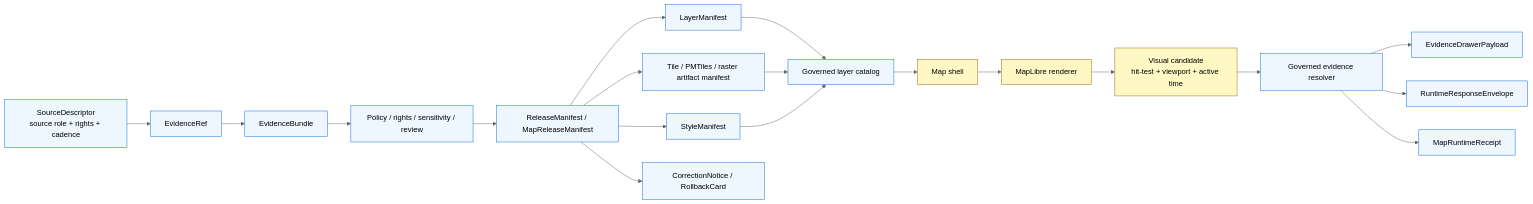
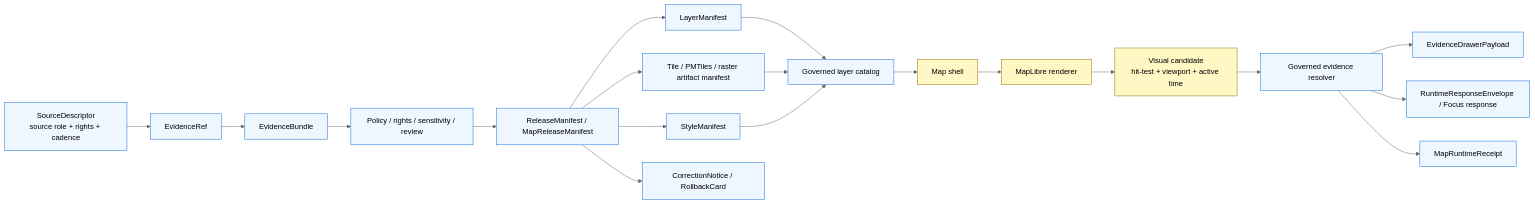
One commit to bartytime4life/Kansas-Frontier-Matrix changed the diagram in docs/architecture/map-shell.md. Above: the diagram before and after it, drawn with Mermaid (neutral theme). The commit also changed other lines of this file, not shown here.

First line of the commit message:
Revise KFM Map Shell architecture documentation

````diff
--- a/docs/architecture/map-shell.md
+++ b/docs/architecture/map-shell.md
@@ -199,26 +236,26 @@
 ```mermaid
 flowchart LR
   SRC[SourceDescriptor<br/>source role + rights + cadence] --> EVREF[EvidenceRef]
   EVREF --> EVB[EvidenceBundle]
   EVB --> POL[Policy / rights / sensitivity / review]
   POL --> REL[ReleaseManifest / MapReleaseManifest]
   REL --> LMAN[LayerManifest]
   REL --> ART[Tile / PMTiles / raster artifact manifest]
   REL --> STYLE[StyleManifest]
   LMAN --> CAT[Governed layer catalog]
   ART --> CAT
   STYLE --> CAT
   CAT --> SHELL[Map shell]
   SHELL --> MAP[MapLibre renderer]
   MAP --> HIT[Visual candidate<br/>hit-test + viewport + active time]
   HIT --> API[Governed evidence resolver]
   API --> DRAWER[EvidenceDrawerPayload]
-  API --> FOCUS[RuntimeResponseEnvelope]
+  API --> FOCUS[RuntimeResponseEnvelope / Focus response]
   API --> RECEIPT[MapRuntimeReceipt]
   REL --> CORR[CorrectionNotice / RollbackCard]
 
   classDef trust fill:#eef6ff,stroke:#0969da,stroke-width:1px;
   classDef shell fill:#fff8c5,stroke:#9a6700,stroke-width:1px;
   class SRC,EVREF,EVB,POL,REL,LMAN,ART,STYLE,CAT,API,DRAWER,FOCUS,RECEIPT,CORR trust;
   class SHELL,MAP,HIT shell;
 ```
````
